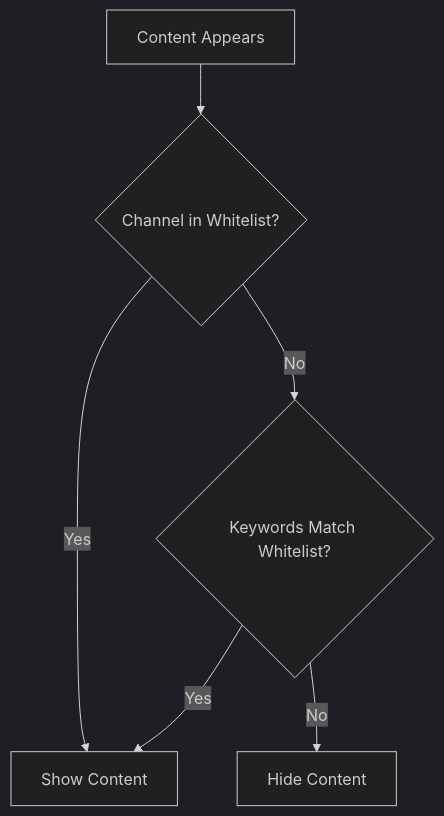
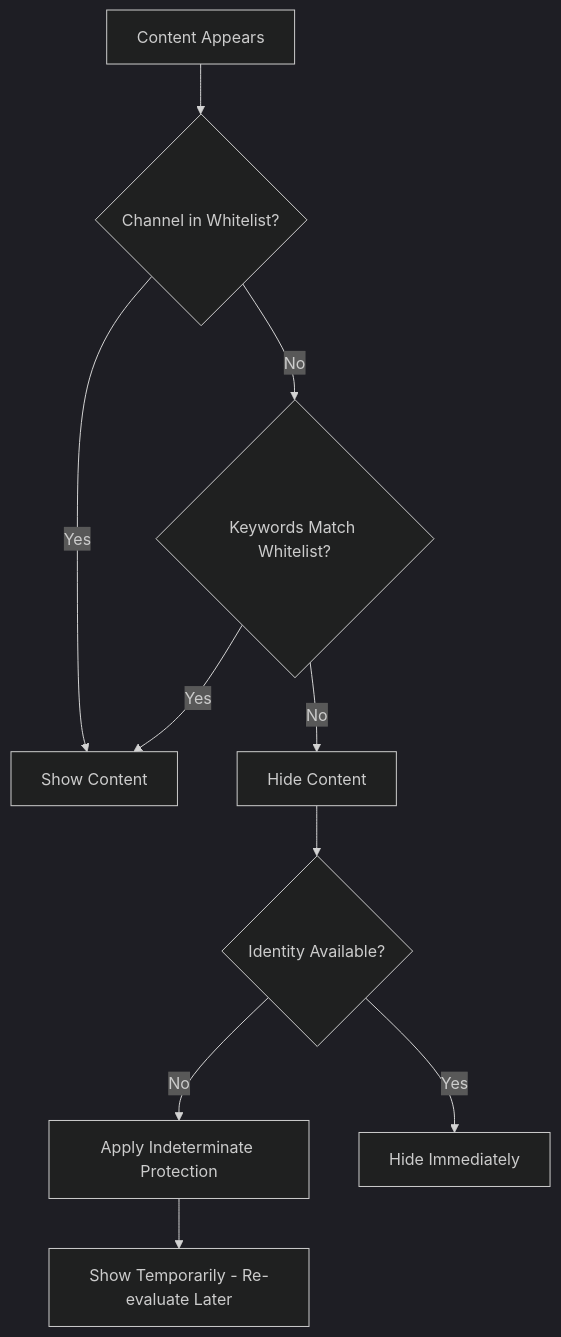
One commit to varshneydevansh/FilterTube changed the second of 17 diagrams in docs/ARCHITECTURE.md. Above: the diagram before and after it, drawn with Mermaid (dark theme). The commit also changed other lines of this file and 20 other files, not shown here.

````diff
--- a/docs/ARCHITECTURE.md
+++ b/docs/ARCHITECTURE.md
@@ -28,9 +28,13 @@
 ```mermaid
 graph TD
     A[Content Appears] --> B{Channel in Whitelist?}
 
     B -->|Yes| C[Show Content]
     B -->|No| D{Keywords Match Whitelist?}
     D -->|Yes| C
     D -->|No| E[Hide Content]
+    E --> F{Identity Available?}
+    F -->|No| G[Apply Indeterminate Protection]
+    F -->|Yes| H[Hide Immediately]
+    G --> I[Show Temporarily - Re-evaluate Later]
 ```
````
